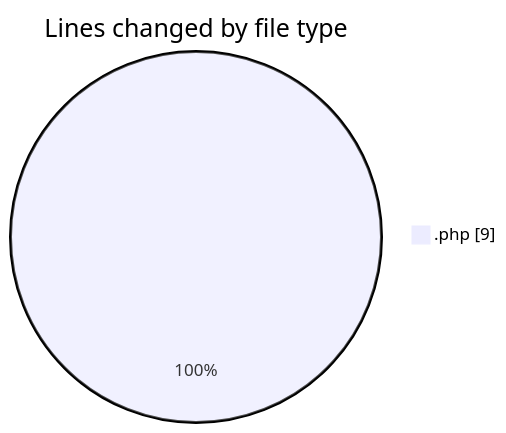
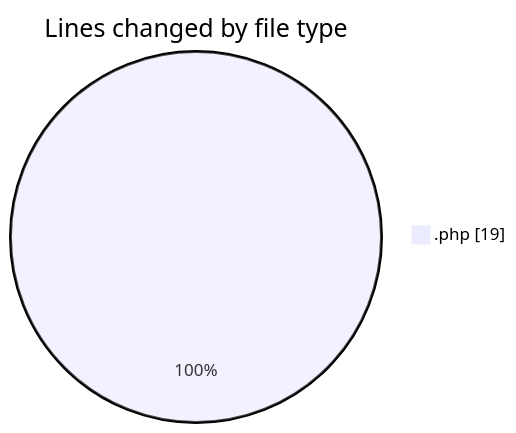
One commit to LanceThiago/code-tracking changed the first of 2 diagrams in 2025-04-14/web/README.md. Above: the diagram before and after it, drawn with Mermaid. The commit also changed other lines of this file and 1 other file, not shown here.

````diff
--- a/2025-04-14/web/README.md
+++ b/2025-04-14/web/README.md
@@ -20,5 +20,5 @@
 ```mermaid
 pie showData
 title Lines changed by file type
-".php" : 9
+".php" : 19
 ```
````
